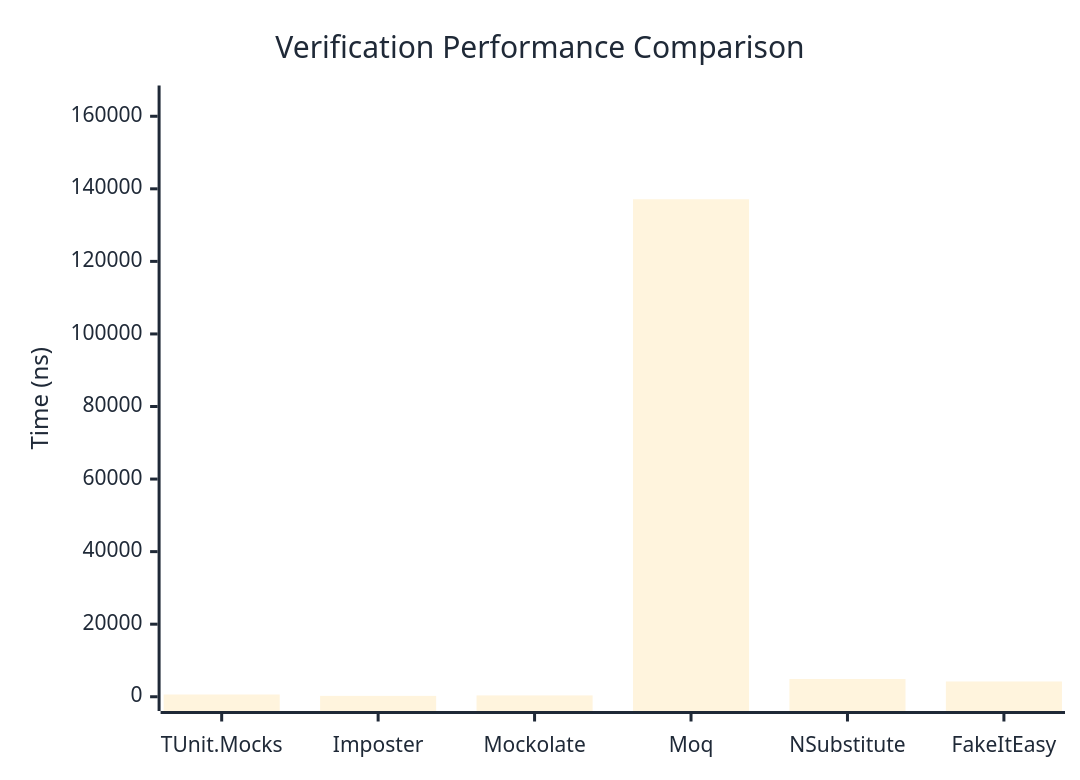
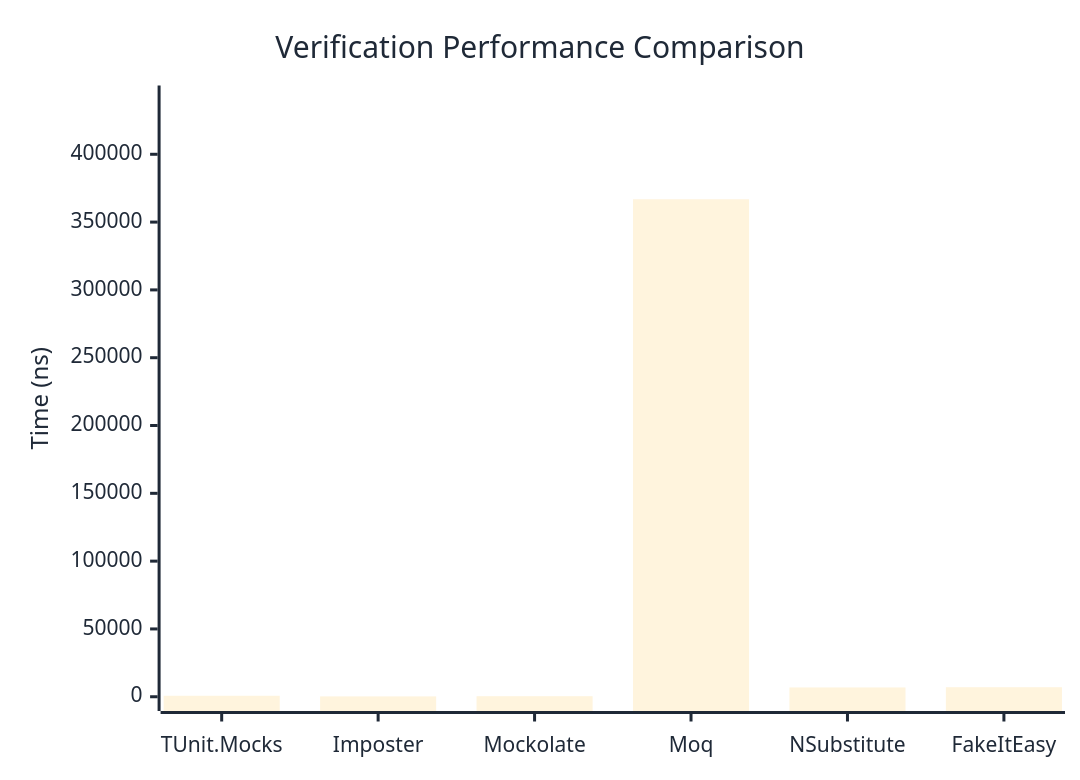
One commit to thomhurst/TUnit changed the first of 3 diagrams in docs/docs/benchmarks/mocks/Verification.md. Above: the diagram before and after it, drawn with Mermaid. The commit also changed other lines of this file and 14 other files, not shown here.

````diff
--- a/docs/docs/benchmarks/mocks/Verification.md
+++ b/docs/docs/benchmarks/mocks/Verification.md
@@ -30,27 +30,27 @@
 ```mermaid
 %%{init: {
   'theme':'base',
   'themeVariables': {
     'primaryColor': '#2563eb',
     'primaryTextColor': '#1f2937',
     'primaryBorderColor': '#1e40af',
     'lineColor': '#6b7280',
     'secondaryColor': '#7c3aed',
     'tertiaryColor': '#dc2626',
     'background': '#ffffff',
     'pie1': '#2563eb',
     'pie2': '#7c3aed',
     'pie3': '#dc2626',
     'pie4': '#f59e0b',
     'pie5': '#10b981',
     'pie6': '#06b6d4',
     'pie7': '#ec4899',
     'pie8': '#6366f1'
   }
 }}%%
 xychart-beta
   title "Verification Performance Comparison"
   x-axis ["TUnit.Mocks", "Imposter", "Mockolate", "Moq", "NSubstitute", "FakeItEasy"]
-  y-axis "Time (ns)" 0 --> 164552
-  bar [621.38, 243.12, 366.88, 137125.86, 4892.91, 4207.43]
+  y-axis "Time (ns)" 0 --> 440212
+  bar [727.78, 267.11, 408.77, 366842.93, 6864.33, 7024.86]
 ```
````
